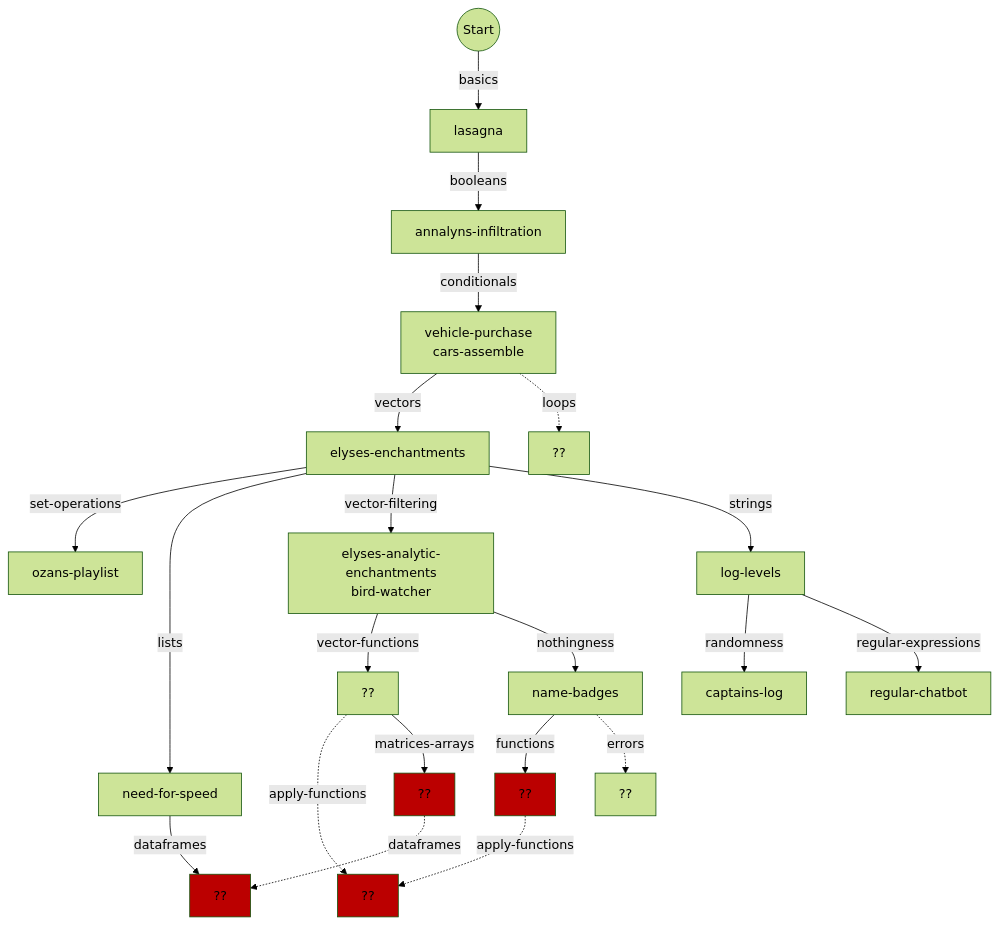
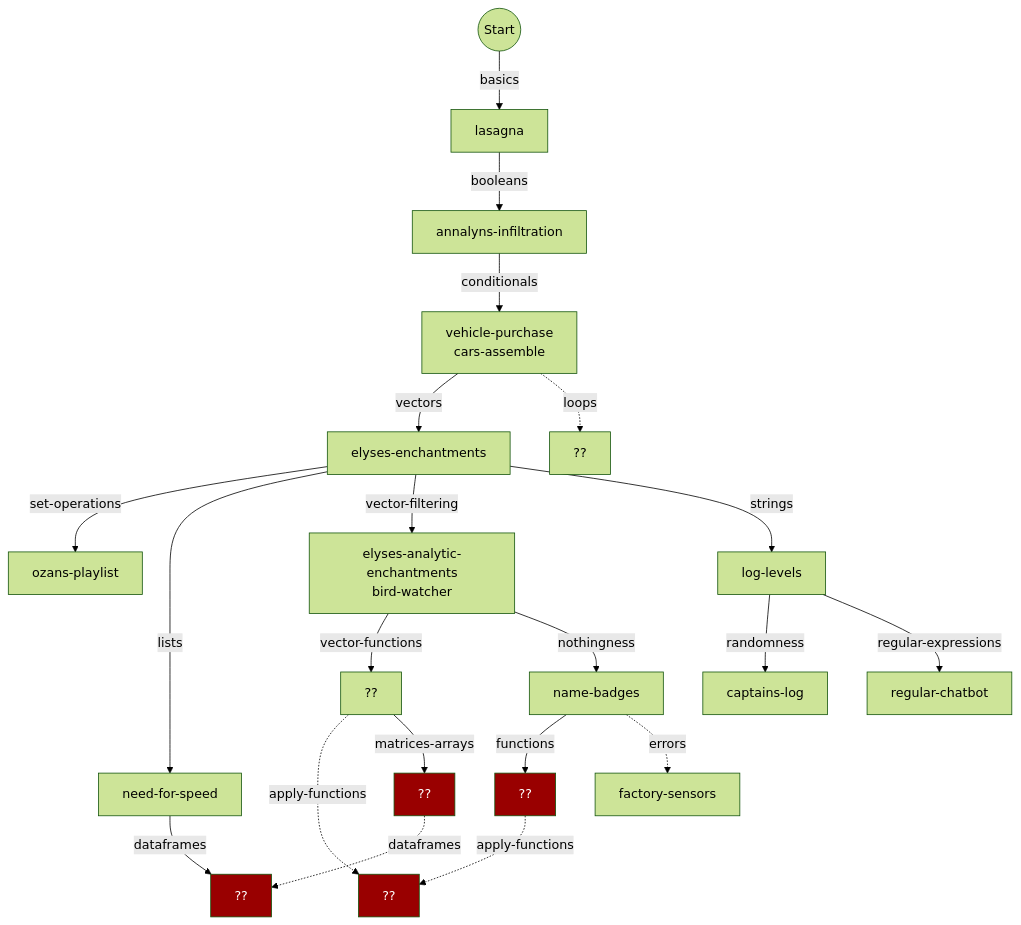
One commit to colinleach/r_concepts changed the first of 2 diagrams in flowchart.md. Above: the diagram before and after it, drawn with Mermaid (forest theme).

Commit message:
flowchart

````diff
--- a/flowchart.md
+++ b/flowchart.md
@@ -10,28 +10,28 @@
 ```mermaid
 graph TD
     
 start(("Start")) --basics--> basics["lasagna"]
 basics --booleans--> booleans["annalyns-infiltration"]
 booleans --conditionals--> conditionals["vehicle-purchase<br/>cars-assemble"]
 conditionals --vectors--> vectors["elyses-enchantments"]
 conditionals -.loops.-> loops["??"]
 vectors --set-operations--> set-operations["ozans-playlist"]
 strings --randomness--> randomness["captains-log"]
 vectors --lists--> lists["need-for-speed"]
 vectors --vector-filtering--> vector-filtering["elyses-analytic-enchantments<br/>bird-watcher"]
 strings --regular-expressions--> regular-expressions["regular-chatbot"]
 vector-filtering --vector-functions--> vector-functions["??"]
 vector-filtering --nothingness--> nothingness["name-badges"]
 vectors --strings--> strings["log-levels"]
 nothingness --functions--> functions["??"]
-style functions fill:#b00
-nothingness -.errors.-> errors["??"]
+style functions fill:#900,color:#fff
+nothingness -.errors.-> errors["factory-sensors "]
 functions -.apply-functions.-> apply-functions["??"]
 vector-functions -.apply-functions.-> apply-functions["??"]
-style apply-functions fill:#b00
+style apply-functions fill:#900,color:#fff
 vector-functions --matrices-arrays--> matrices-arrays["??"]
-style matrices-arrays fill:#b00
+style matrices-arrays fill:#900,color:#fff
 lists --dataframes--> dataframes["??"]
-style dataframes fill:#b00
+style dataframes fill:#900,color:#fff
 matrices-arrays -.dataframes.-> dataframes
 ```
````
